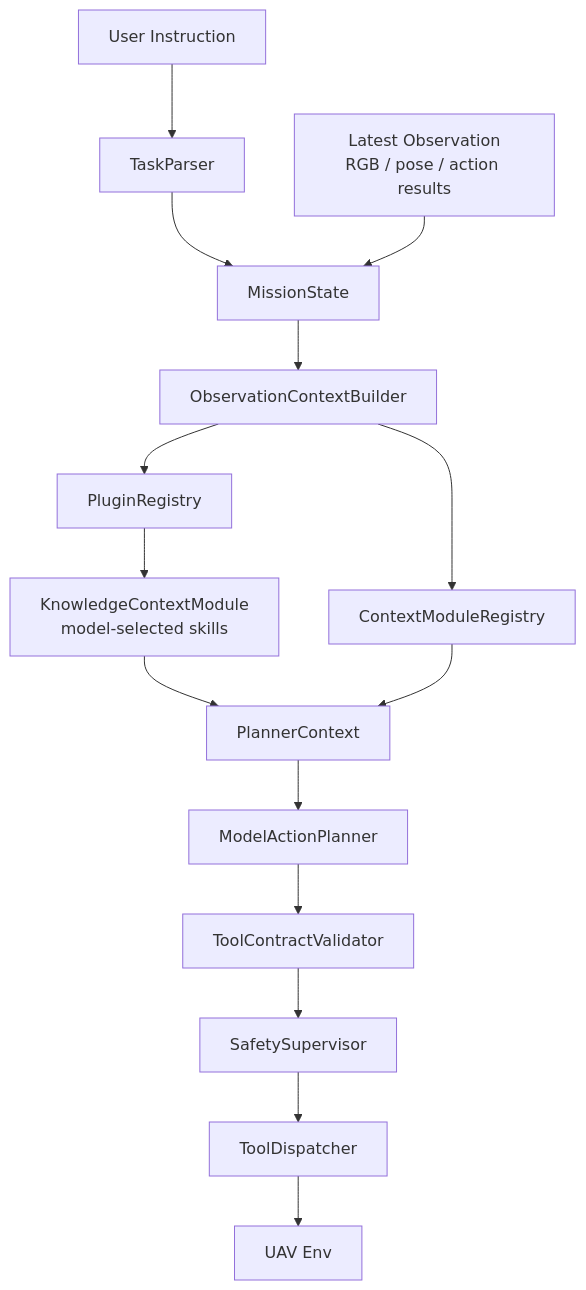
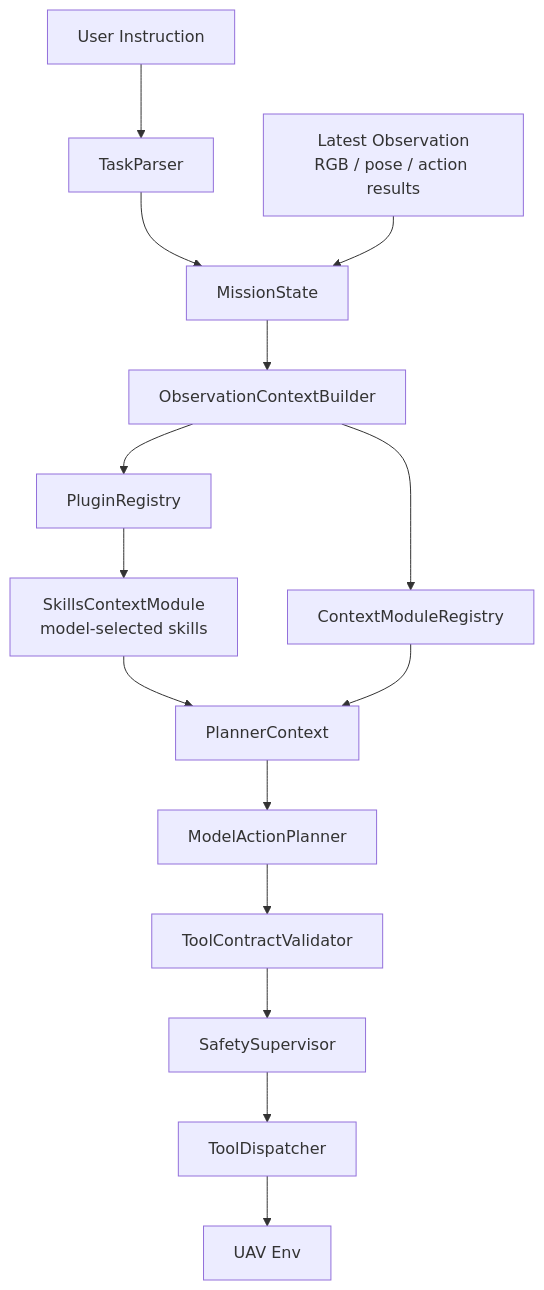
One commit to LZ6years/AeroPilot changed the second of 2 diagrams in docs/plugin_system/01_architecture.md. Above: the diagram before and after it, drawn with Mermaid. The commit also changed other lines of this file and 51 other files, not shown here.

````diff
--- a/docs/plugin_system/01_architecture.md
+++ b/docs/plugin_system/01_architecture.md
@@ -60,19 +60,19 @@
 ```mermaid
 flowchart TD
     USER["User Instruction"] --> TP["TaskParser"]
     TP --> STATE["MissionState"]
     OBS["Latest Observation<br/>RGB / pose / action results"] --> STATE
 
     STATE --> OCB["ObservationContextBuilder"]
     OCB --> PLUG["PluginRegistry"]
-    PLUG --> KNOW["KnowledgeContextModule<br/>model-selected skills"]
+    PLUG --> KNOW["SkillsContextModule<br/>model-selected skills"]
     OCB --> CM["ContextModuleRegistry"]
     KNOW --> PC["PlannerContext"]
     CM --> PC
 
     PC --> PLANNER["ModelActionPlanner"]
     PLANNER --> VALID["ToolContractValidator"]
     VALID --> SAFETY["SafetySupervisor"]
     SAFETY --> DISP["ToolDispatcher"]
     DISP --> UAV["UAV Env"]
 ```
````
